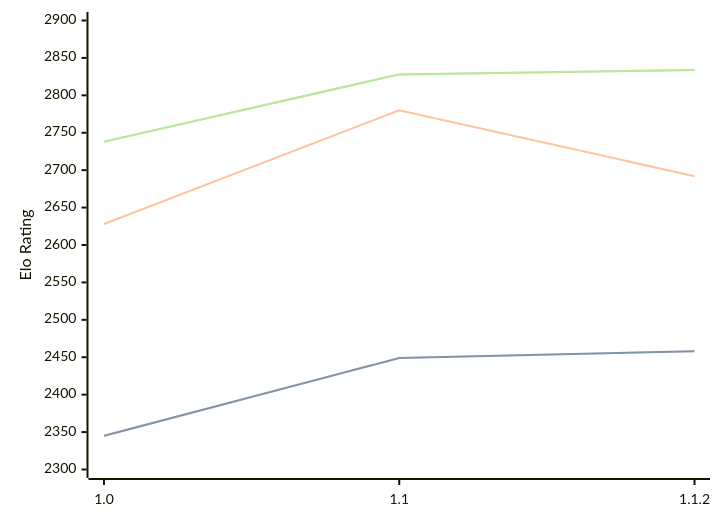
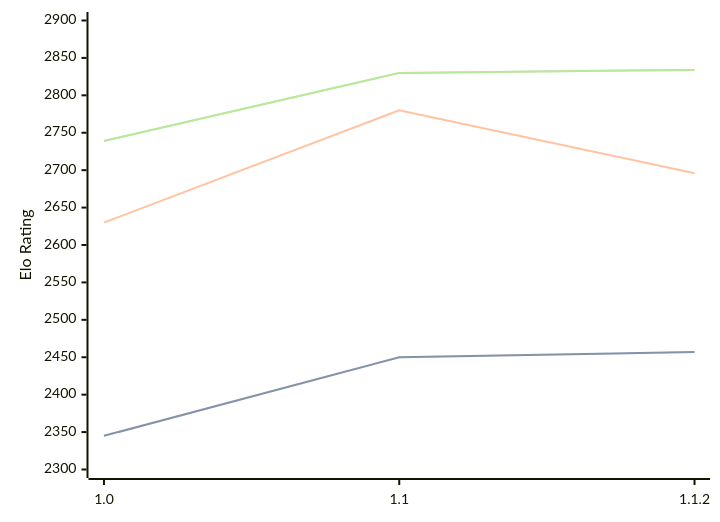
One commit to computer-chess-index/cci changed the diagram in engines/Casanchess.md. Above: the diagram before and after it, drawn with Mermaid. The commit also changed other lines of this file, not shown here.

Commit message:
Update CCI Ratings (ELO VLTC) - 2026-09-14

````diff
--- a/engines/Casanchess.md
+++ b/engines/Casanchess.md
@@ -33,11 +33,11 @@
 ```mermaid
 %%{init: {"theme":"base","themeVariables":{"seriesColors:['#a3a3a3','#222221','#faa371']}}}%%
 xychart-beta
   x-axis ["1.0", "1.1", "1.1.2"]
   y-axis "Elo Rating" 2300 --> 2900
-  line "" [2345, 2449, 2458]
-  line "STC (8.0+0.08s)" [2345, 2449, 2458]
-  line "LTC (60.0+0.60s)" [2628, 2780, 2692]
-  line "" [2738, 2828, 2834]
-  line "VLTC (2m24s+1.12s)" [2738, 2828, 2834]
+  line "" [2345, 2450, 2457]
+  line "STC (8.0+0.08s)" [2345, 2450, 2457]
+  line "LTC (60.0+0.60s)" [2630, 2780, 2696]
+  line "" [2739, 2830, 2834]
+  line "VLTC (2m24s+1.12s)" [2739, 2830, 2834]
 ```
````
